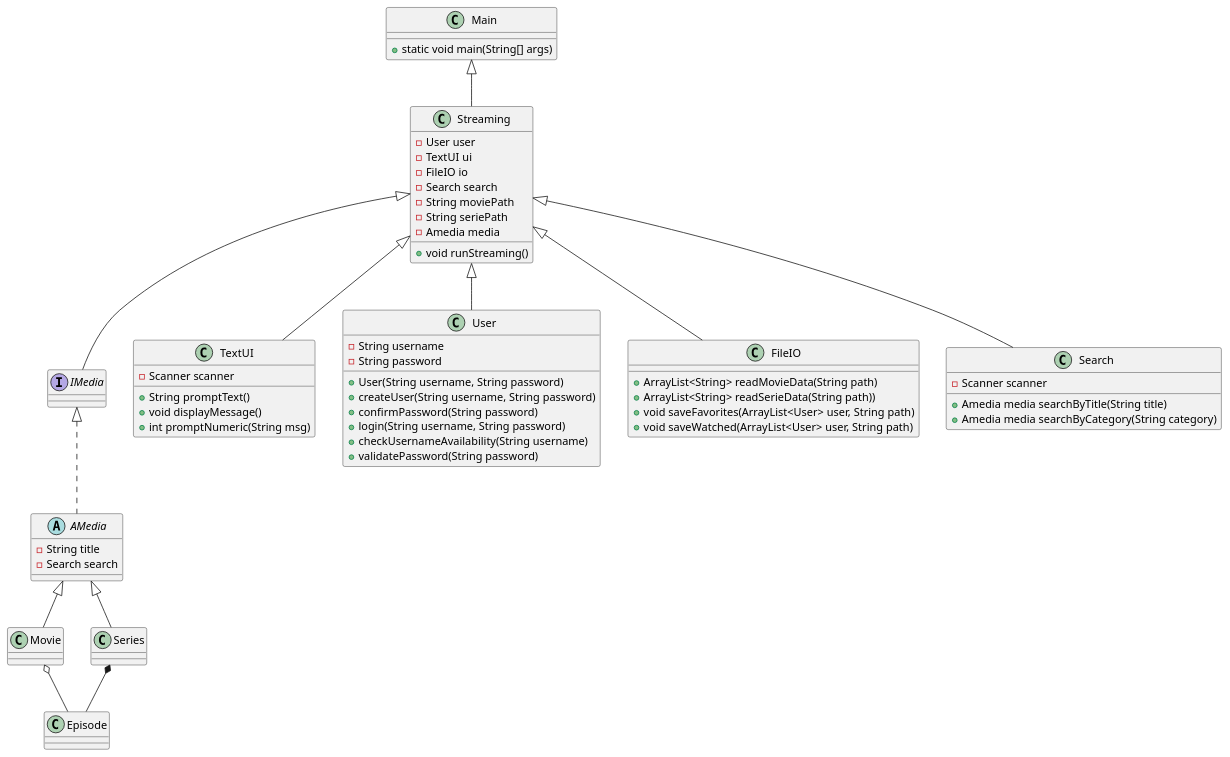
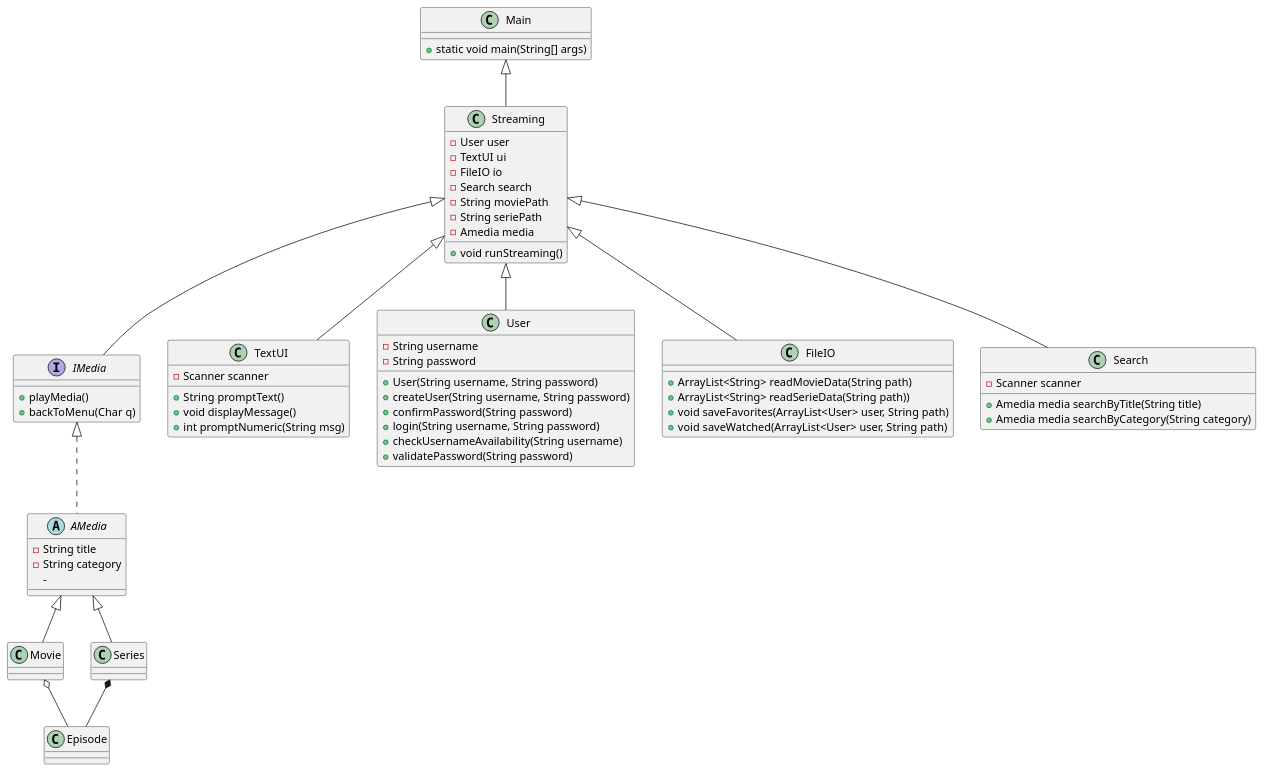
Before and after one commit to mrPrimeBeef/Sem1-Project-MovieStream: the diagram in Doc/Static/ClassDiagram.puml, drawn with PlantUML.

Commit message:
Update on start

```diff
--- a/Doc/Static/ClassDiagram.puml
+++ b/Doc/Static/ClassDiagram.puml
@@ -1,80 +1,84 @@
 @startuml
 
 interface IMedia {
++ playMedia()
++ backToMenu(Char q)
+'+ pauseMedia()
 }
 
 abstract AMedia {
 - String title
-- Search search
+- String category
+-
 }
 
 class Movie {
 }
 
 
 class Series {
 }
 
 class TextUI {
 - Scanner scanner
 + String promptText()
 + void displayMessage()
 + int promptNumeric(String msg)
 }
 
 class User {
 - String username
 - String password
 + User(String username, String password)
 'Methods
 + createUser(String username, String password)
 + confirmPassword(String password)
 + login(String username, String password)
 + checkUsernameAvailability(String username)
 + validatePassword(String password)
 }
 
 class Streaming {
 - User user
 - TextUI ui
 - FileIO io
 - Search search
 - String moviePath
 - String seriePath
 - Amedia media
 + void runStreaming()
 }
 
 class Main {
 + static void main(String[] args)
 }
 
 class FileIO {
 + ArrayList<String> readMovieData(String path)
 + ArrayList<String> readSerieData(String path))
 + void saveFavorites(ArrayList<User> user, String path)
 + void saveWatched(ArrayList<User> user, String path)
 }
 
 class Search {
 - Scanner scanner
 + Amedia media searchByTitle(String title)
 + Amedia media searchByCategory(String category)
 }
 class Episode{
 
 }
 
 Main <|-- Streaming
 Streaming <|-- IMedia
 Streaming <|-- User
 Streaming <|-- Search
 Streaming <|-- TextUI
 IMedia <|.. AMedia
 Streaming <|-- FileIO
 AMedia <|-- Movie
 AMedia  <|-- Series
 Series *-- Episode
 Movie o-- Episode
 
 @enduml
```
